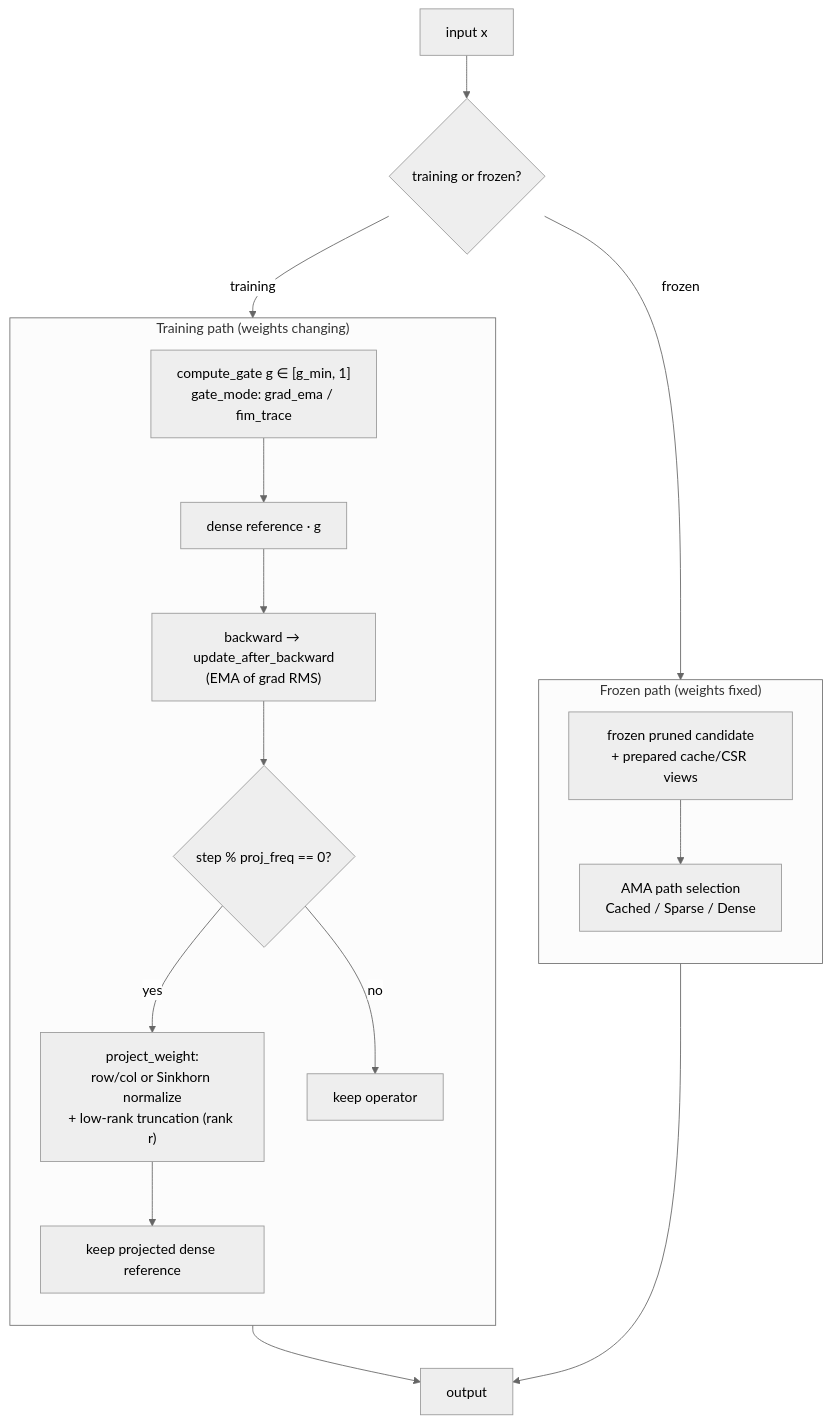
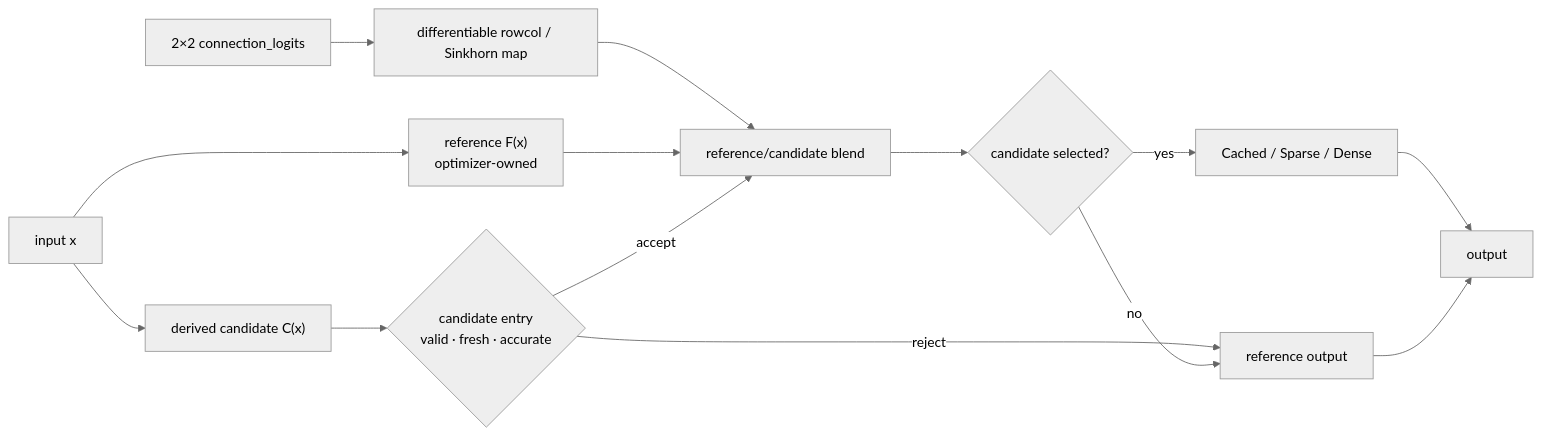
One commit to zayokami/Talos-XII changed the first of 2 diagrams in README.md. Above: the diagram before and after it, drawn with Mermaid (neutral theme). The commit also changed other lines of this file and 15 other files, not shown here.

````diff
--- a/README.md
+++ b/README.md
@@ -138,24 +140,17 @@
 ```mermaid
-flowchart TD
-    X["input x"] --> G{"training or frozen?"}
-
-    subgraph TRAIN["Training path (weights changing)"]
-        direction TB
-        CG["compute_gate&nbsp;g&nbsp;∈&nbsp;[g_min,&nbsp;1]<br/>gate_mode: grad_ema / fim_trace"] --> ACTIVE["dense reference · g"]
-        ACTIVE --> BWD["backward → update_after_backward<br/>(EMA of grad RMS)"]
-        BWD --> PROJ{"step % proj_freq == 0?"}
-        PROJ -- yes --> MANI["project_weight:<br/>row/col or Sinkhorn normalize<br/>+ low-rank truncation (rank r)"]
-        MANI --> KEEP["keep projected dense reference"]
-        PROJ -- no --> SKIP["keep operator"]
-    end
-
-    subgraph INFER["Frozen path (weights fixed)"]
-        direction TB
-        FUSE["frozen pruned candidate<br/>+ prepared cache/CSR views"] --> AMA["AMA path selection<br/>Cached / Sparse / Dense"]
-    end
-
-    G -- training --> TRAIN
-    G -- frozen --> INFER
-    TRAIN --> OUT["output"]
-    INFER --> OUT
+flowchart LR
+    X["input x"] --> REF["reference F(x)<br/>optimizer-owned"]
+    X --> CAND["derived candidate C(x)"]
+    ENTRY{"candidate entry<br/>valid · fresh · accurate"}
+    CAND --> ENTRY
+    LOGITS["2×2 connection_logits"] --> MAP["differentiable rowcol / Sinkhorn map"]
+    MAP --> QUALITY["reference/candidate blend"]
+    REF --> QUALITY
+    ENTRY -- reject --> REFOUT["reference output"]
+    ENTRY -- accept --> QUALITY
+    QUALITY --> SELECT{"candidate selected?"}
+    SELECT -- no --> REFOUT
+    SELECT -- yes --> ROUTE["Cached / Sparse / Dense"]
+    ROUTE --> OUT["output"]
+    REFOUT --> OUT
 ```
````
